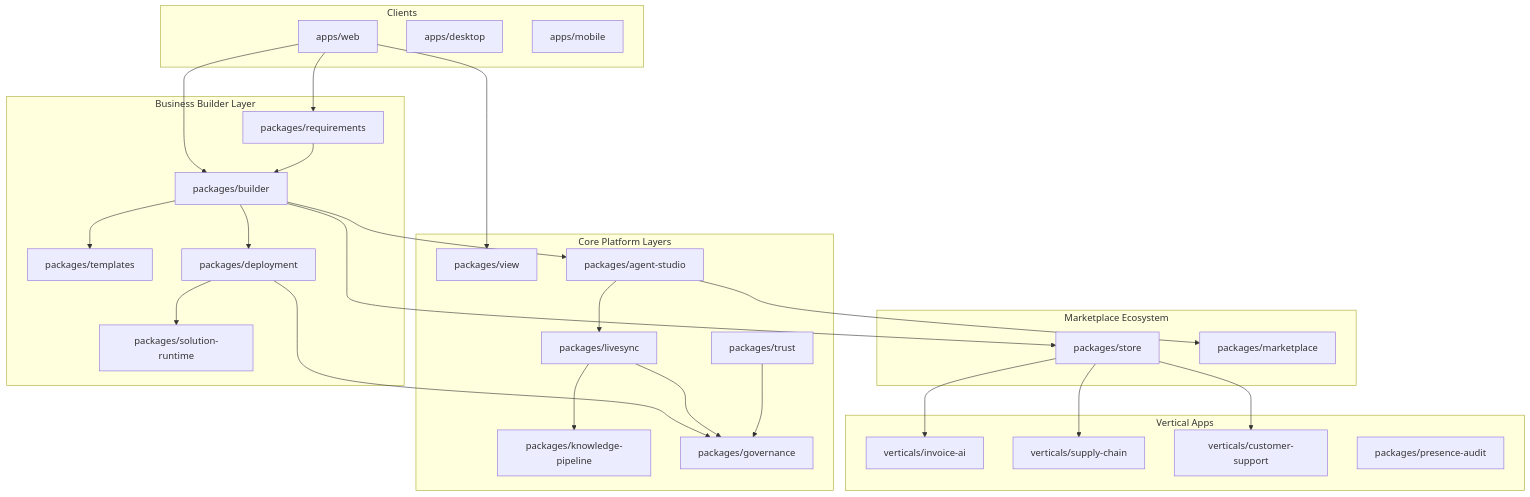
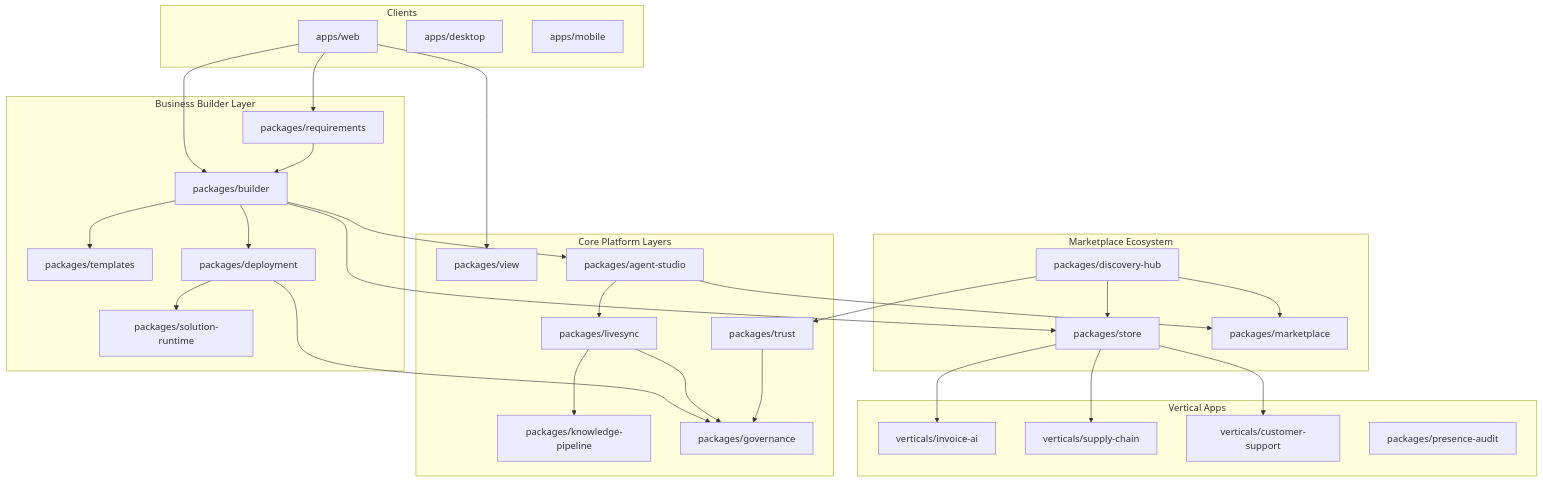
Before and after one commit to aebada/AI-Pass: the diagram in README.md, drawn with Mermaid. The commit also changed 41 other files, not shown here.

First line of the commit message:
feat(discovery-hub): evolve AI Discovery Hub into enterprise orchestration catalog

````diff
--- a/README.md
+++ b/README.md
@@ -21,59 +21,63 @@
 ```mermaid
 graph TB
   subgraph clients [Clients]
     Web[apps/web]
     Desktop[apps/desktop]
     Mobile[apps/mobile]
   end
 
   subgraph builder [Business Builder Layer]
     Requirements[packages/requirements]
     Builder[packages/builder]
     Templates[packages/templates]
     Runtime[packages/solution-runtime]
     Deployment[packages/deployment]
   end
 
   subgraph core [Core Platform Layers]
     View[packages/view]
     AgentStudio[packages/agent-studio]
     LiveSync[packages/livesync]
     Knowledge[packages/knowledge-pipeline]
     Trust[packages/trust]
     Governance[packages/governance]
   end
 
   subgraph marketplace [Marketplace Ecosystem]
     Store[packages/store]
     Marketplace[packages/marketplace]
+    Discovery[packages/discovery-hub]
   end
 
   subgraph verticals [Vertical Apps]
     InvoiceAI[verticals/invoice-ai]
     SupplyChain[verticals/supply-chain]
     CustomerSupport[verticals/customer-support]
     PresenceAudit[packages/presence-audit]
   end
 
   Web --> Requirements
   Web --> Builder
   Requirements --> Builder
   Builder --> Templates
   Builder --> Deployment
   Deployment --> Runtime
   Deployment --> Governance
 
   Web --> View
   Builder --> AgentStudio
   Builder --> Store
 
   AgentStudio --> Marketplace
   AgentStudio --> LiveSync
   LiveSync --> Knowledge
   LiveSync --> Governance
 
   Trust --> Governance
+  Discovery --> Marketplace
+  Discovery --> Store
+  Discovery --> Trust
   Store --> InvoiceAI
   Store --> SupplyChain
   Store --> CustomerSupport
 ```
````
